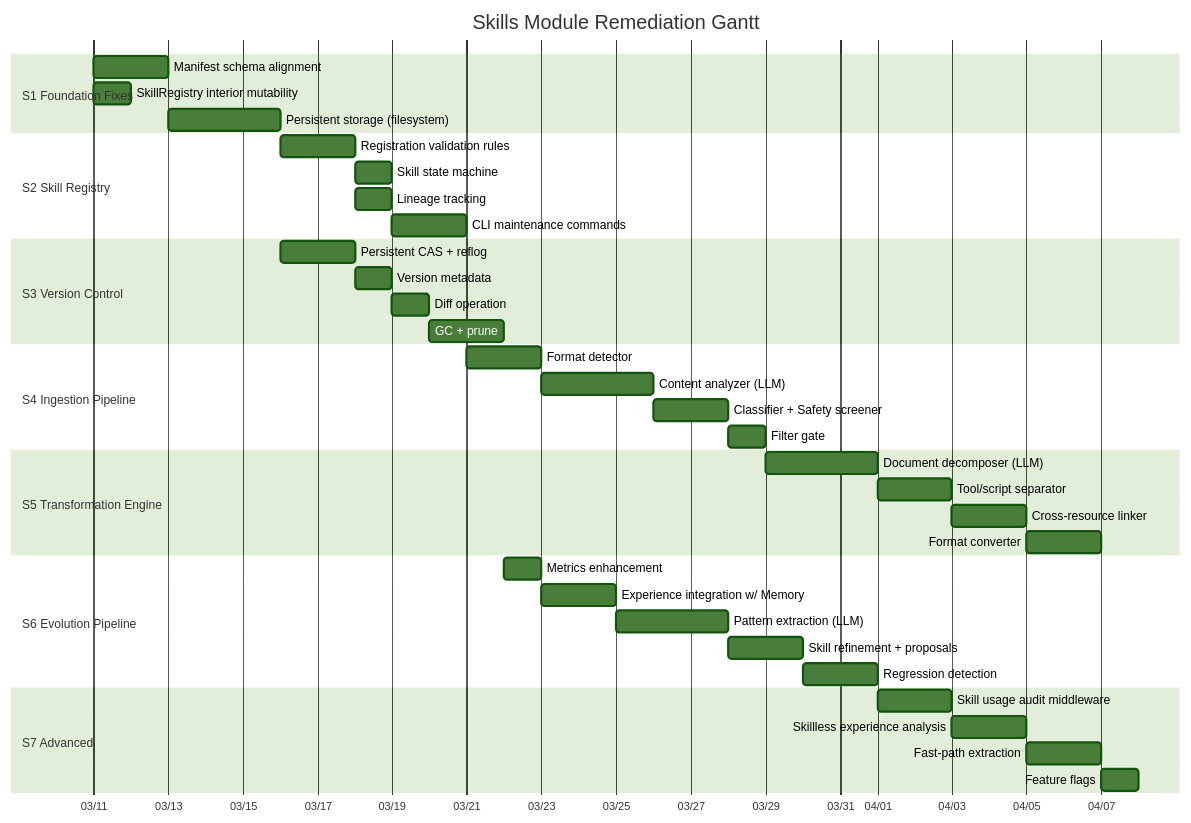
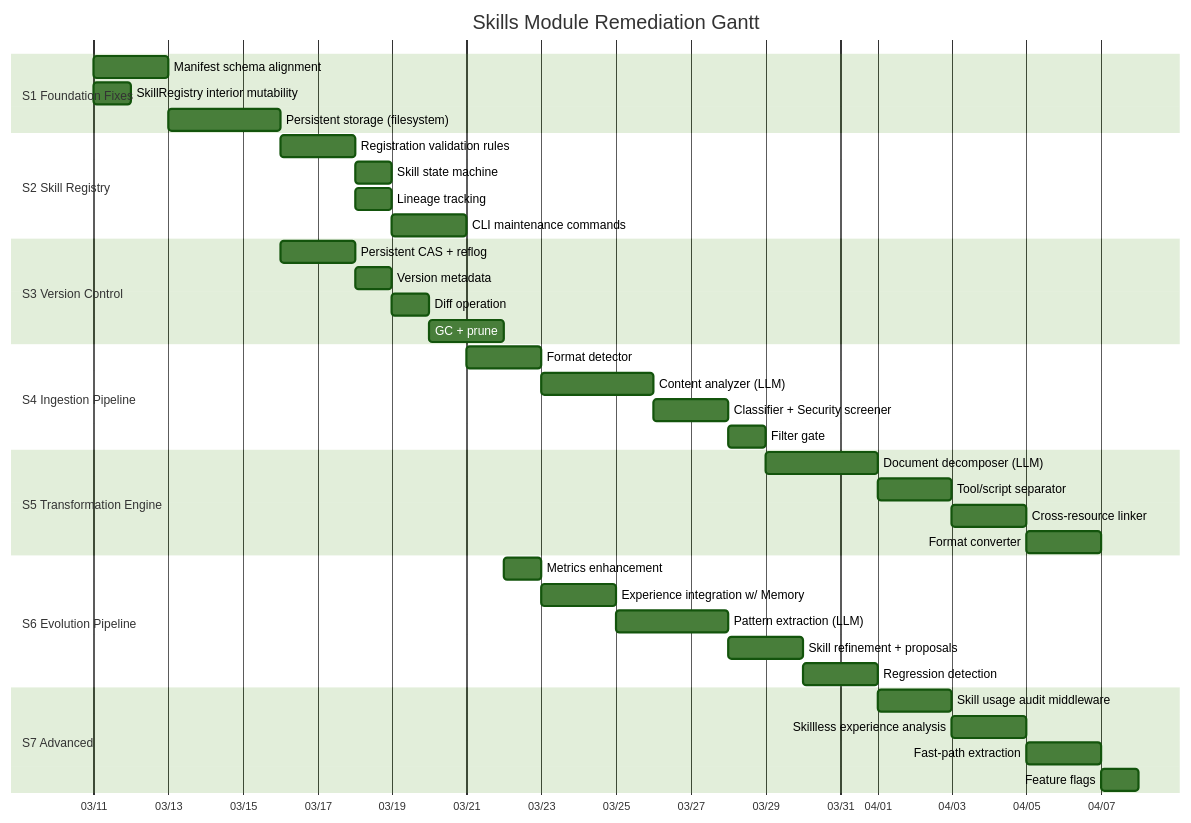
Before and after one commit to gorgiaxx/y-agent: the first of 2 diagrams in docs/plan/SKILLS_REMEDIATION.md, drawn with Mermaid (forest theme). The commit also changed other lines of this file and 104 other files, not shown here.

````diff
--- a/docs/plan/SKILLS_REMEDIATION.md
+++ b/docs/plan/SKILLS_REMEDIATION.md
@@ -23,48 +23,48 @@
 ```mermaid
 gantt
     title Skills Module Remediation Gantt
     dateFormat  YYYY-MM-DD
     axisFormat  %m/%d
 
     section S1 Foundation Fixes
     Manifest schema alignment         :s1_1, 2026-03-11, 2d
     SkillRegistry interior mutability  :s1_2, 2026-03-11, 1d
     Persistent storage (filesystem)    :s1_3, after s1_1, 3d
 
     section S2 Skill Registry
     Registration validation rules      :s2_1, after s1_3, 2d
     Skill state machine                :s2_2, after s2_1, 1d
     Lineage tracking                   :s2_3, after s2_1, 1d
     CLI maintenance commands           :s2_4, after s2_2, 2d
 
     section S3 Version Control
     Persistent CAS + reflog            :s3_1, after s1_3, 2d
     Version metadata                   :s3_2, after s3_1, 1d
     Diff operation                     :s3_3, after s3_2, 1d
     GC + prune                         :s3_4, after s3_3, 2d
 
     section S4 Ingestion Pipeline
     Format detector                    :s4_1, after s2_4, 2d
     Content analyzer (LLM)             :s4_2, after s4_1, 3d
-    Classifier + Safety screener       :s4_3, after s4_2, 2d
+    Classifier + Security screener       :s4_3, after s4_2, 2d
     Filter gate                        :s4_4, after s4_3, 1d
 
     section S5 Transformation Engine
     Document decomposer (LLM)          :s5_1, after s4_4, 3d
     Tool/script separator              :s5_2, after s5_1, 2d
     Cross-resource linker              :s5_3, after s5_2, 2d
     Format converter                   :s5_4, after s5_3, 2d
 
     section S6 Evolution Pipeline
     Metrics enhancement                :s6_1, after s3_4, 1d
     Experience integration w/ Memory   :s6_2, after s6_1, 2d
     Pattern extraction (LLM)           :s6_3, after s6_2, 3d
     Skill refinement + proposals       :s6_4, after s6_3, 2d
     Regression detection               :s6_5, after s6_4, 2d
 
     section S7 Advanced
     Skill usage audit middleware        :s7_1, after s6_5, 2d
     Skillless experience analysis       :s7_2, after s7_1, 2d
     Fast-path extraction                :s7_3, after s7_2, 2d
     Feature flags                       :s7_4, after s7_3, 1d
 ```
````
